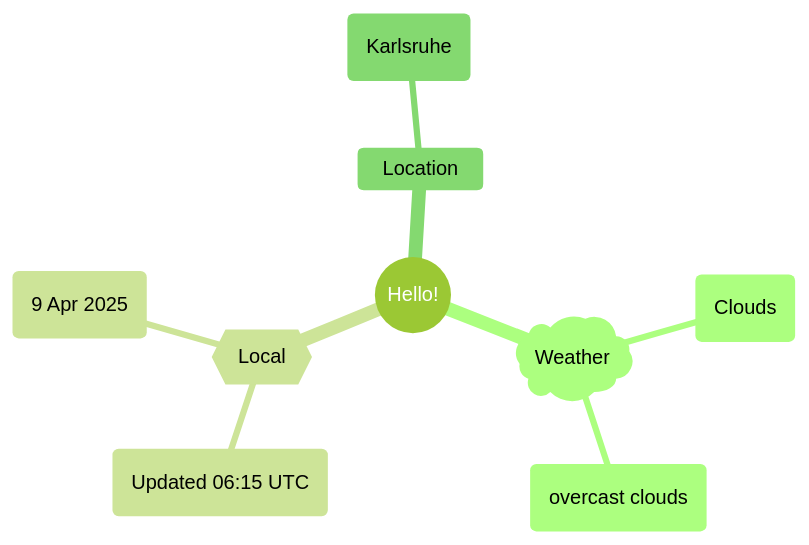
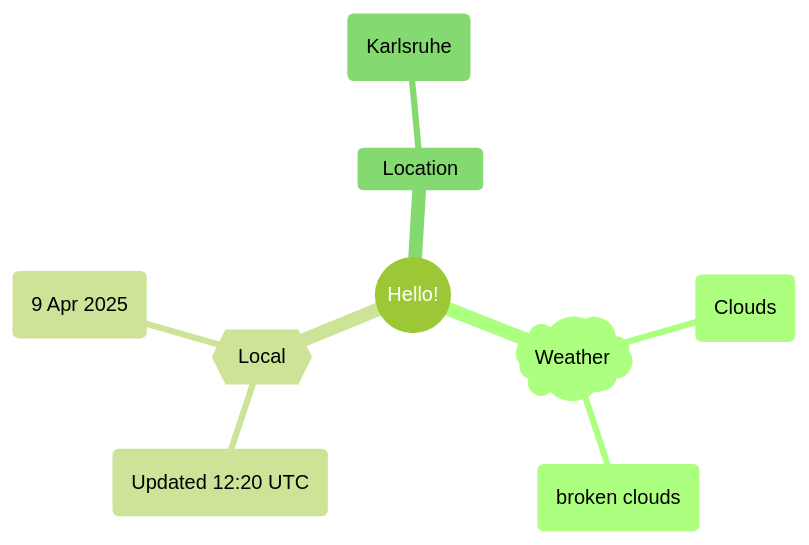
The first of 2 diagrams in README.md (Xosrov/Xosrov), drawn with Mermaid (forest theme) before and after one commit.

Commit message:
[bot] updated images

````diff
--- a/README.md
+++ b/README.md
@@ -3,12 +3,12 @@
 ```mermaid
 mindmap
   root((Hello!))
     )Weather(
         (Clouds)
-        (overcast clouds)
+        (broken clouds)
     {{Local}}
-        (Updated 06:15 UTC)
+        (Updated 12:20 UTC)
         (9 Apr 2025)
     Location
         (Karlsruhe)
 ```
````
